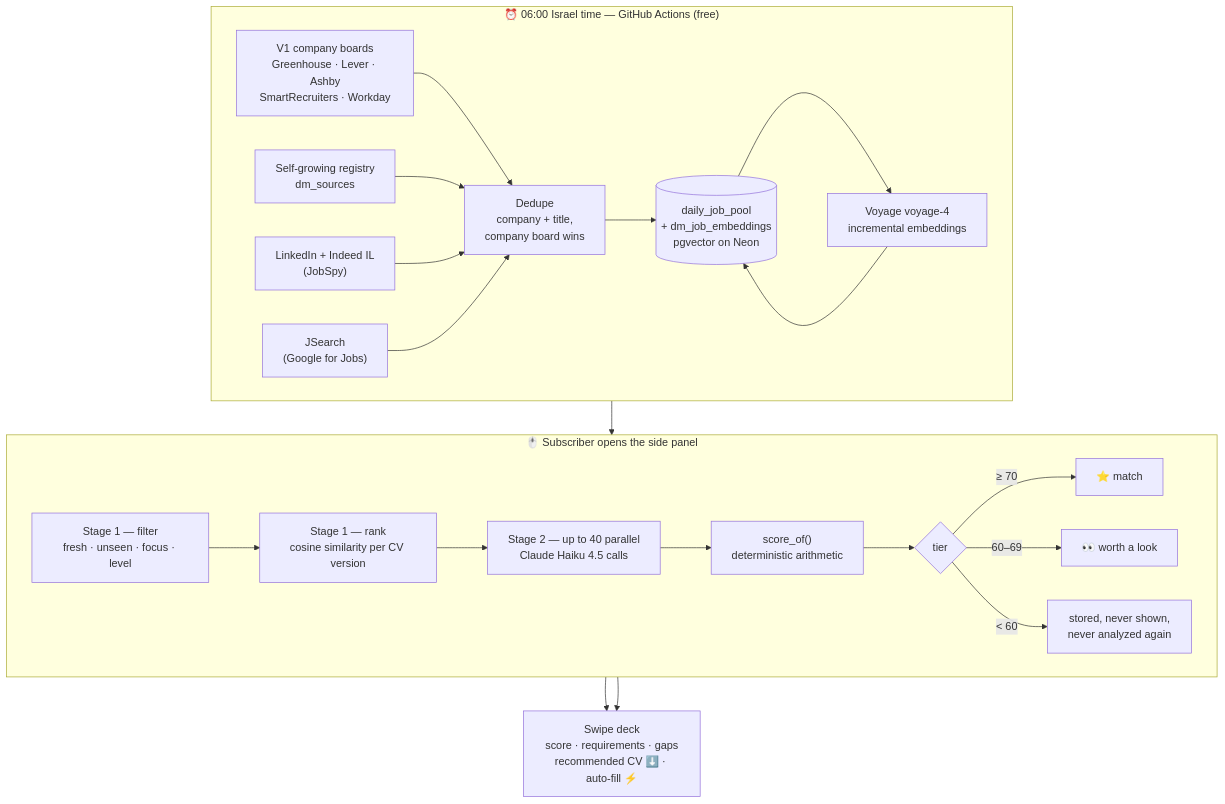
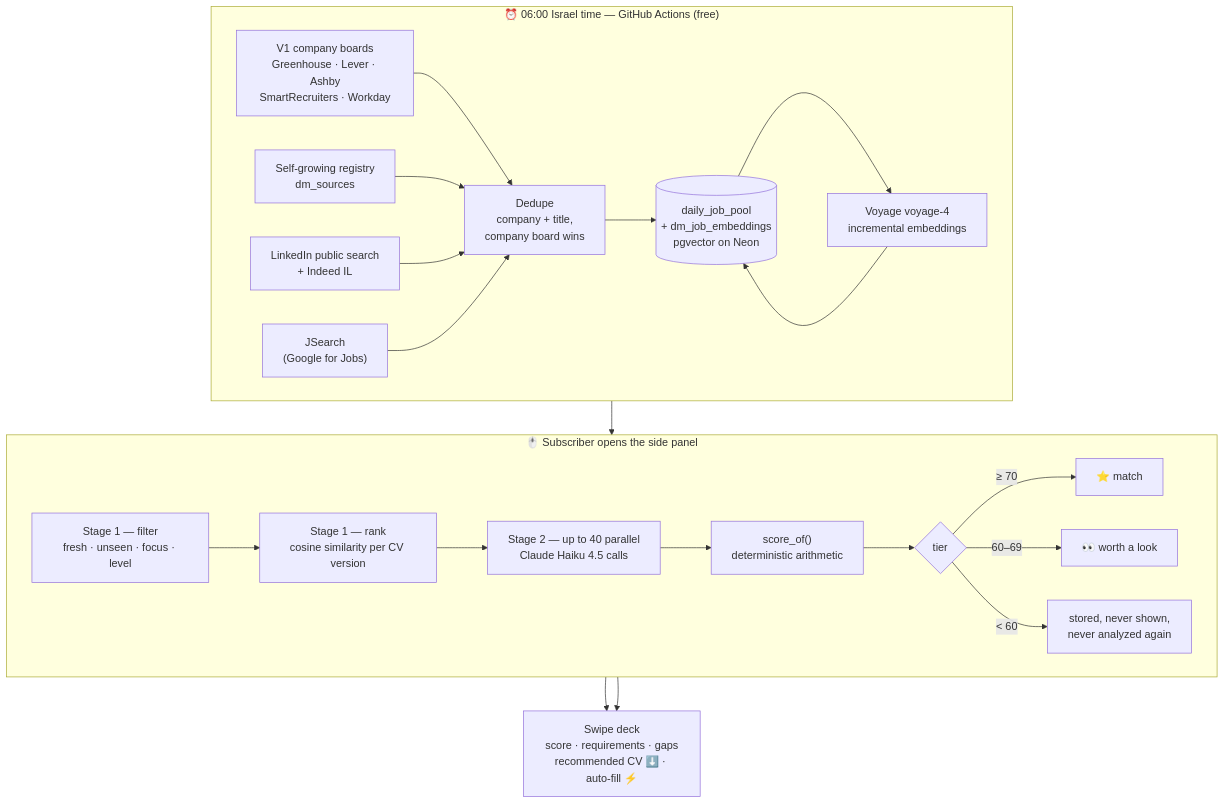
One commit to chanafroind-sys/job-match-ai-extension changed the second of 8 diagrams in README.md. Above: the diagram before and after it, drawn with Mermaid. The commit also changed other lines of this file and 5 other files, not shown here.

First line of the commit message:
Daily Matches: read LinkedIn's public search per field, for fuller coverage

````diff
--- a/README.md
+++ b/README.md
@@ -247,30 +247,30 @@
 ```mermaid
 flowchart TB
     subgraph Morning["⏰ 06:00 Israel time — GitHub Actions (free)"]
         direction LR
         S1["V1 company boards<br/>Greenhouse · Lever · Ashby<br/>SmartRecruiters · Workday"]
         S2["Self-growing registry<br/>dm_sources"]
-        S3["LinkedIn + Indeed IL<br/>(JobSpy)"]
+        S3["LinkedIn public search<br/>+ Indeed IL"]
         S4["JSearch<br/>(Google for Jobs)"]
         D["Dedupe<br/>company + title,<br/>company board wins"]
         E["Voyage voyage-4<br/>incremental embeddings"]
         S1 & S2 & S3 & S4 --> D --> P[("daily_job_pool<br/>+ dm_job_embeddings<br/>pgvector on Neon")]
         P --> E --> P
     end
 
     subgraph Click["🖱️ Subscriber opens the side panel"]
         direction LR
         F["Stage 1 — filter<br/>fresh · unseen · focus · level"]
         V["Stage 1 — rank<br/>cosine similarity per CV version"]
         L["Stage 2 — up to 40 parallel<br/>Claude Haiku 4.5 calls"]
         C["score_of()<br/>deterministic arithmetic"]
         T{"tier"}
         F --> V --> L --> C --> T
         T -->|"≥ 70"| Strong["⭐ match"]
         T -->|"60–69"| Maybe["👀 worth a look"]
         T -->|"< 60"| Hidden["stored, never shown,<br/>never analyzed again"]
     end
 
     P --> F
     Strong & Maybe --> Deck["Swipe deck<br/>score · requirements · gaps<br/>recommended CV ⬇️ · auto-fill ⚡"]
 ```
````
